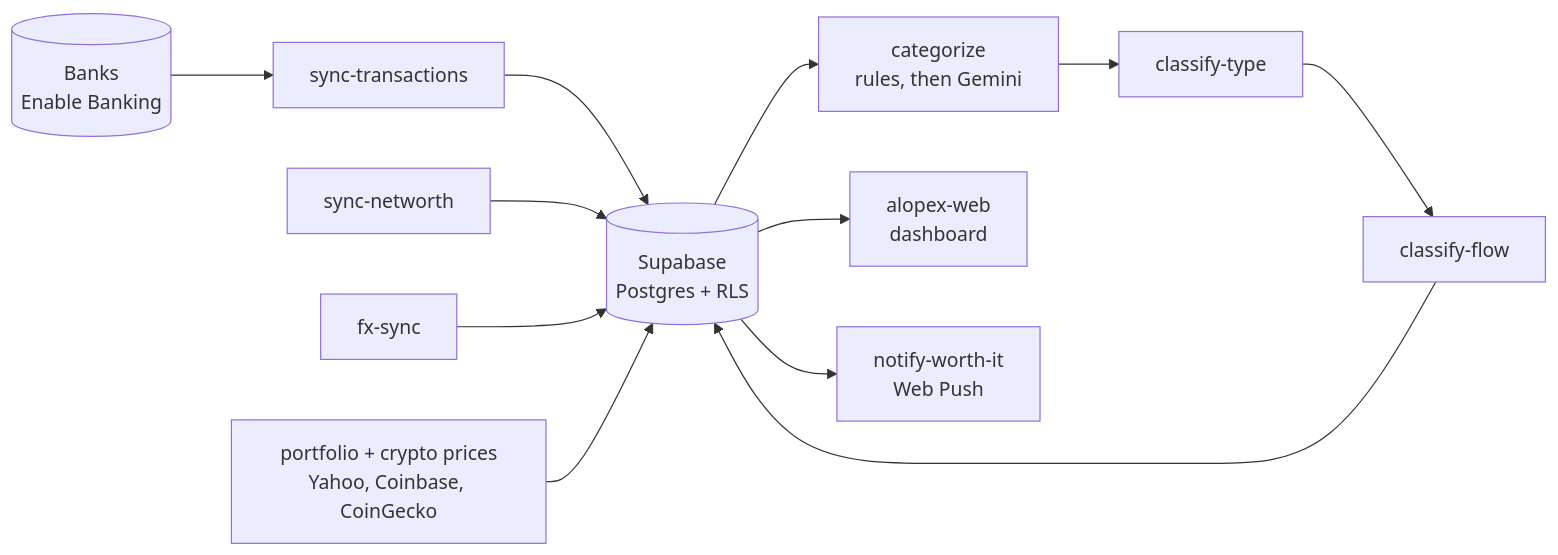
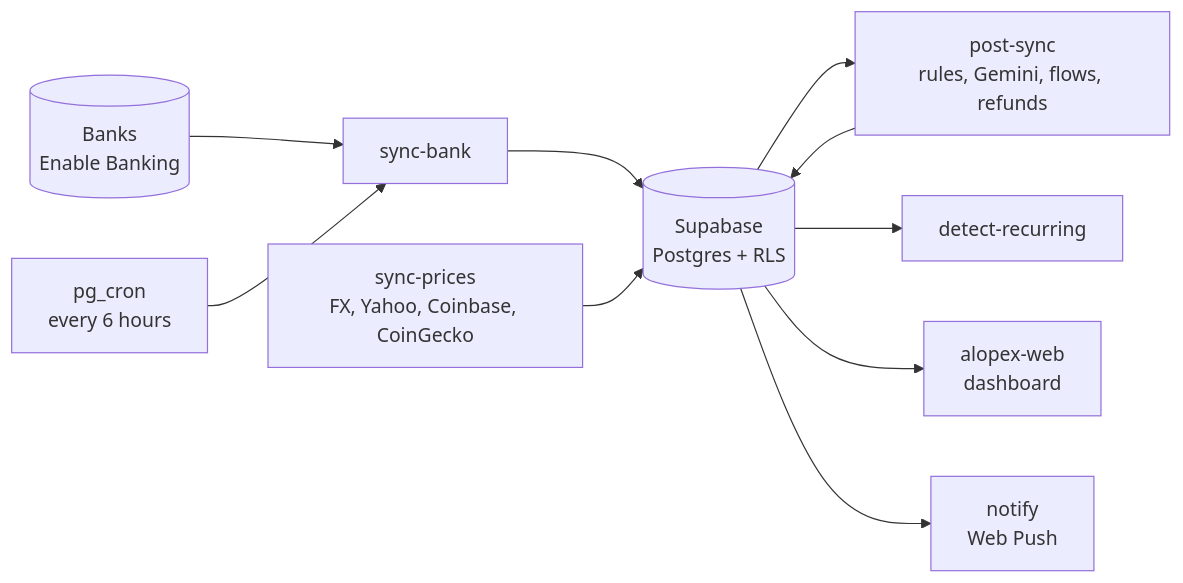
The diagram in README.md (marcodonghiaa/myfinances), drawn with Mermaid before and after one commit. The commit also changed other lines of this file and 24 other files, not shown here.

First line of the commit message:
Launch P0: refund pairing respects flow_source, refund_of locked, Node own_counterparty, docs (#125)

````diff
--- a/README.md
+++ b/README.md
@@ -37,14 +37,12 @@
 ```mermaid
 flowchart LR
-    Bank[(Banks<br/>Enable Banking)] --> TX[sync-transactions]
-    TX --> DB[(Supabase<br/>Postgres + RLS)]
-    NW[sync-networth] --> DB
-    FX[fx-sync] --> DB
-    DB --> CAT[categorize<br/>rules, then Gemini]
-    CAT --> TYPE[classify-type]
-    TYPE --> FLOW[classify-flow]
-    FLOW --> DB
-    PRICES[portfolio + crypto prices<br/>Yahoo, Coinbase, CoinGecko] --> DB
+    Bank[(Banks<br/>Enable Banking)] --> SYNC[sync-bank]
+    CRON[pg_cron<br/>every 6 hours] --> SYNC
+    SYNC --> DB[(Supabase<br/>Postgres + RLS)]
+    DB --> POST[post-sync<br/>rules, Gemini, flows, refunds]
+    POST --> DB
+    PRICES[sync-prices<br/>FX, Yahoo, Coinbase, CoinGecko] --> DB
+    DB --> REC[detect-recurring]
     DB --> UI[alopex-web<br/>dashboard]
-    DB --> PUSH[notify-worth-it<br/>Web Push]
+    DB --> PUSH[notify<br/>Web Push]
 ```
````
